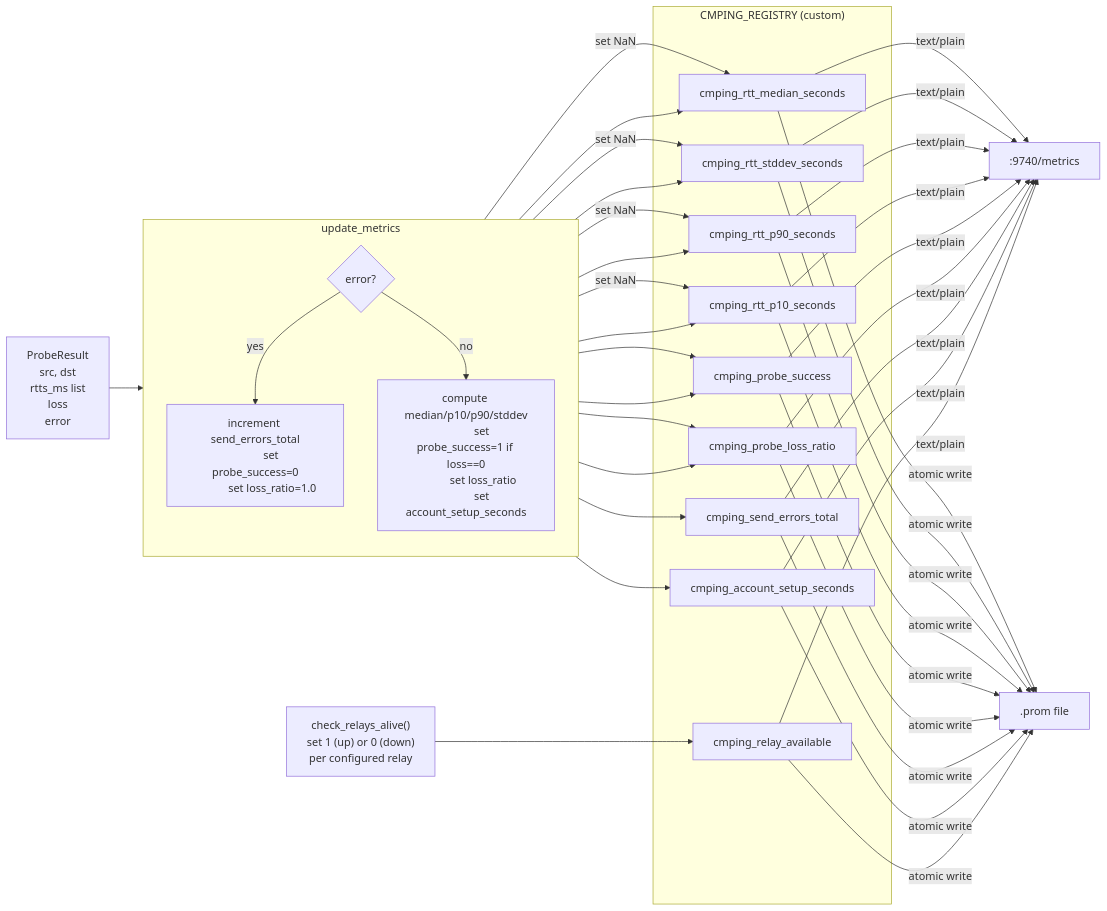
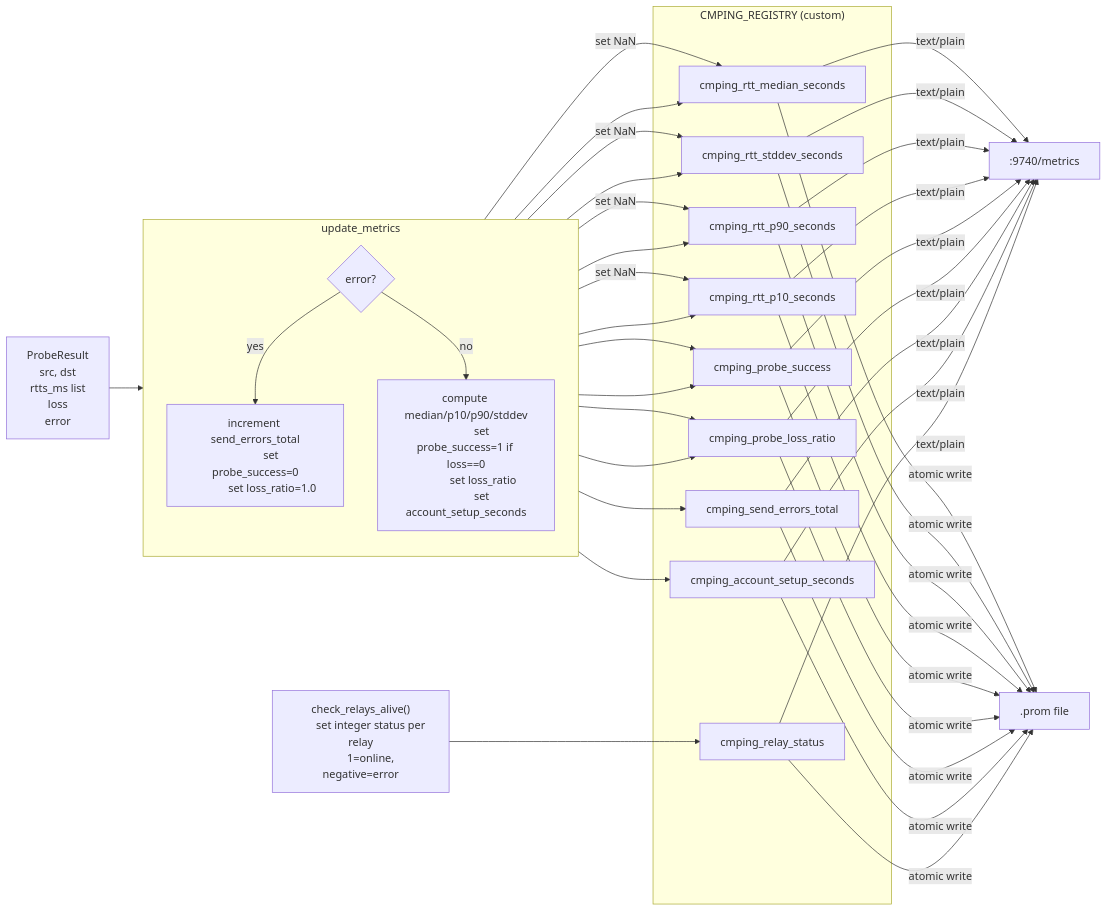
Before and after one commit to j4n/chatmail-prober: the sixth of 9 diagrams in TECHNICAL.md, drawn with Mermaid. The commit also changed other lines of this file and 4 other files, not shown here.

````diff
--- a/TECHNICAL.md
+++ b/TECHNICAL.md
@@ -379,58 +379,58 @@
 ```mermaid
 flowchart LR
     PR["ProbeResult
         src, dst
         rtts_ms list
         loss
         error"]
 
     subgraph update_metrics
         direction TB
         CHK{error?}
         ERR["increment send_errors_total
             set probe_success=0
             set loss_ratio=1.0"]
         OK["compute median/p10/p90/stddev
             set probe_success=1 if loss==0
             set loss_ratio
             set account_setup_seconds"]
     end
 
     subgraph CMPING_REGISTRY["CMPING_REGISTRY (custom)"]
         M1[cmping_rtt_median_seconds]
         M2[cmping_rtt_stddev_seconds]
         M3[cmping_rtt_p90_seconds]
         M4[cmping_rtt_p10_seconds]
         M5[cmping_probe_success]
         M6[cmping_probe_loss_ratio]
         M7[cmping_send_errors_total]
         M8[cmping_account_setup_seconds]
-        M9[cmping_relay_available]
+        M9[cmping_relay_status]
     end
 
     ALC["check_relays_alive()
-        set 1 (up) or 0 (down)
-        per configured relay"]
+        set integer status per relay
+        1=online, negative=error"]
 
     PR --> CHK
     CHK -->|yes| ERR
     CHK -->|no| OK
     ALC --> M9
     ERR --> M5
     ERR --> M6
     ERR --> M7
     ERR -->|"set NaN"| M1
     ERR -->|"set NaN"| M2
     ERR -->|"set NaN"| M3
     ERR -->|"set NaN"| M4
     OK --> M1
     OK --> M2
     OK --> M3
     OK --> M4
     OK --> M5
     OK --> M6
     OK --> M8
 
     M1 & M2 & M3 & M4 & M5 & M6 & M7 & M8 & M9 -->|"text/plain"| HTTP[":9740/metrics"]
     M1 & M2 & M3 & M4 & M5 & M6 & M7 & M8 & M9 -->|"atomic write"| TEXTFILE[".prom file"]
 ```
````
